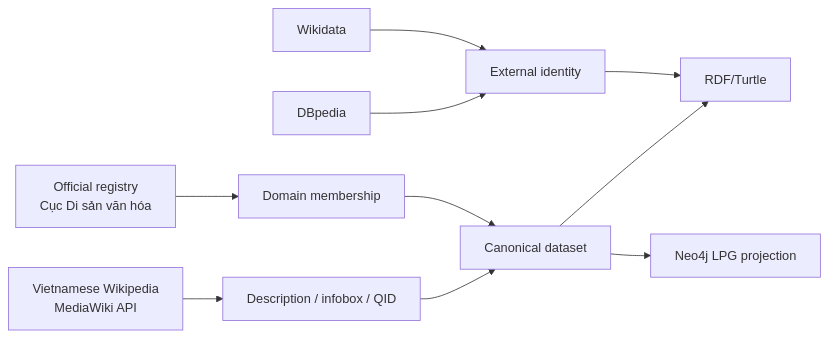
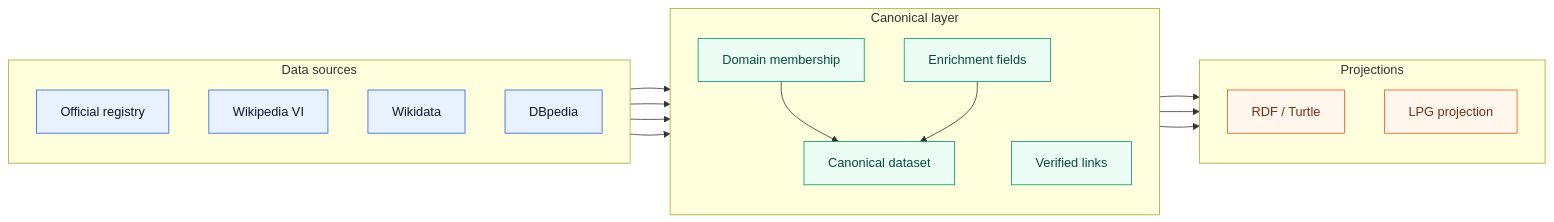
The first of 9 diagrams in PROJECT_SPEC.md (sutobode/Semanticweb), drawn with Mermaid before and after one commit. The commit also changed other lines of this file, not shown here.

````diff
--- a/PROJECT_SPEC.md
+++ b/PROJECT_SPEC.md
@@ -82,12 +82,38 @@
 ```mermaid
 flowchart LR
-    REG[Official registry\nCục Di sản văn hóa] --> MEMBERSHIP[Domain membership]
-    WIKI[Vietnamese Wikipedia\nMediaWiki API] --> ENRICH[Description / infobox / QID]
-    WD[Wikidata] --> LINKS[External identity]
-    DB[DBpedia] --> LINKS
-    MEMBERSHIP --> CAN[Canonical dataset]
-    ENRICH --> CAN
-    LINKS --> RDF[RDF/Turtle]
+    classDef source fill:#E8F1FF,stroke:#2563EB,color:#0F172A
+    classDef process fill:#ECFDF5,stroke:#059669,color:#064E3B
+    classDef output fill:#FFF7ED,stroke:#EA580C,color:#7C2D12
+
+    subgraph SOURCES["Data sources"]
+        direction TB
+        REG["Official registry"]
+        WIKI["Wikipedia VI"]
+        WD["Wikidata"]
+        DB["DBpedia"]
+    end
+    subgraph CORE["Canonical layer"]
+        direction TB
+        MEMBERSHIP["Domain membership"]
+        ENRICH["Enrichment fields"]
+        LINKS["Verified links"]
+        CAN["Canonical dataset"]
+    end
+    subgraph OUTPUTS["Projections"]
+        direction TB
+        RDF["RDF / Turtle"]
+        LPG["LPG projection"]
+    end
+
+    REG --> MEMBERSHIP --> CAN
+    WIKI --> ENRICH --> CAN
+    WD --> LINKS
+    DB --> LINKS
     CAN --> RDF
-    CAN --> LPG[Neo4j LPG projection]
+    CAN --> LPG
+    LINKS --> RDF
+
+    class REG,WIKI,WD,DB source
+    class MEMBERSHIP,ENRICH,LINKS,CAN process
+    class RDF,LPG output
 ```
````
